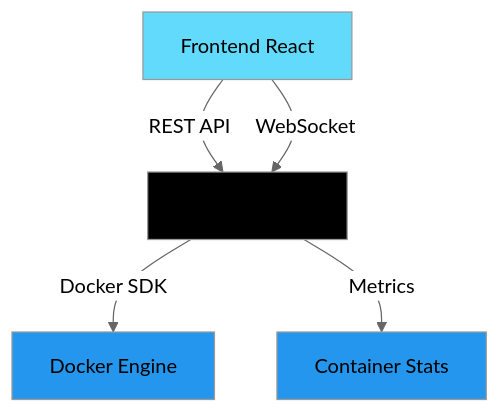
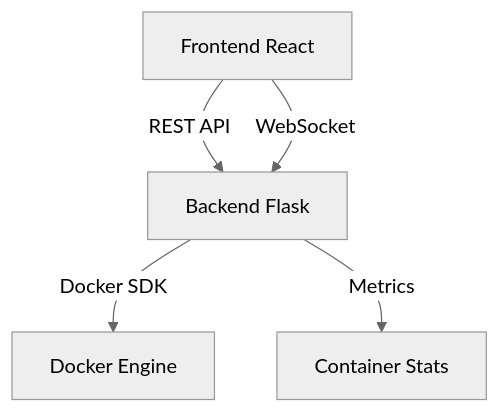
One commit to kik369/docker-web-interface changed the diagram in README.md. Above: the diagram before and after it, drawn with Mermaid (neutral theme).

Commit message:
docs: update project documentation in README

````diff
--- a/README.md
+++ b/README.md
@@ -31,11 +31,7 @@
 ```mermaid
 graph TD
     A[Frontend React] -->|REST API| B[Backend Flask]
     A -->|WebSocket| B
     B -->|Docker SDK| C[Docker Engine]
     B -->|Metrics| D[Container Stats]
-    style A fill:#61dafb
-    style B fill:#000000
-    style C fill:#2496ed
-    style D fill:#2496ed
 ```
````
